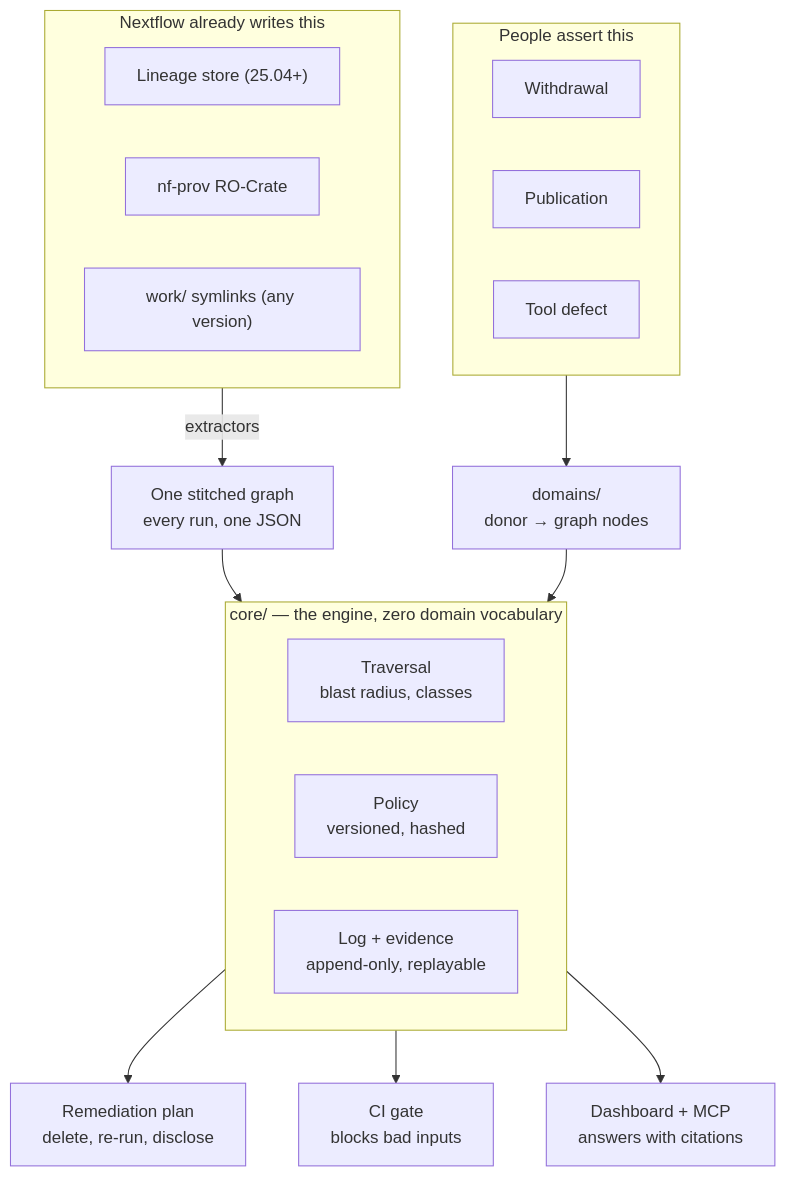
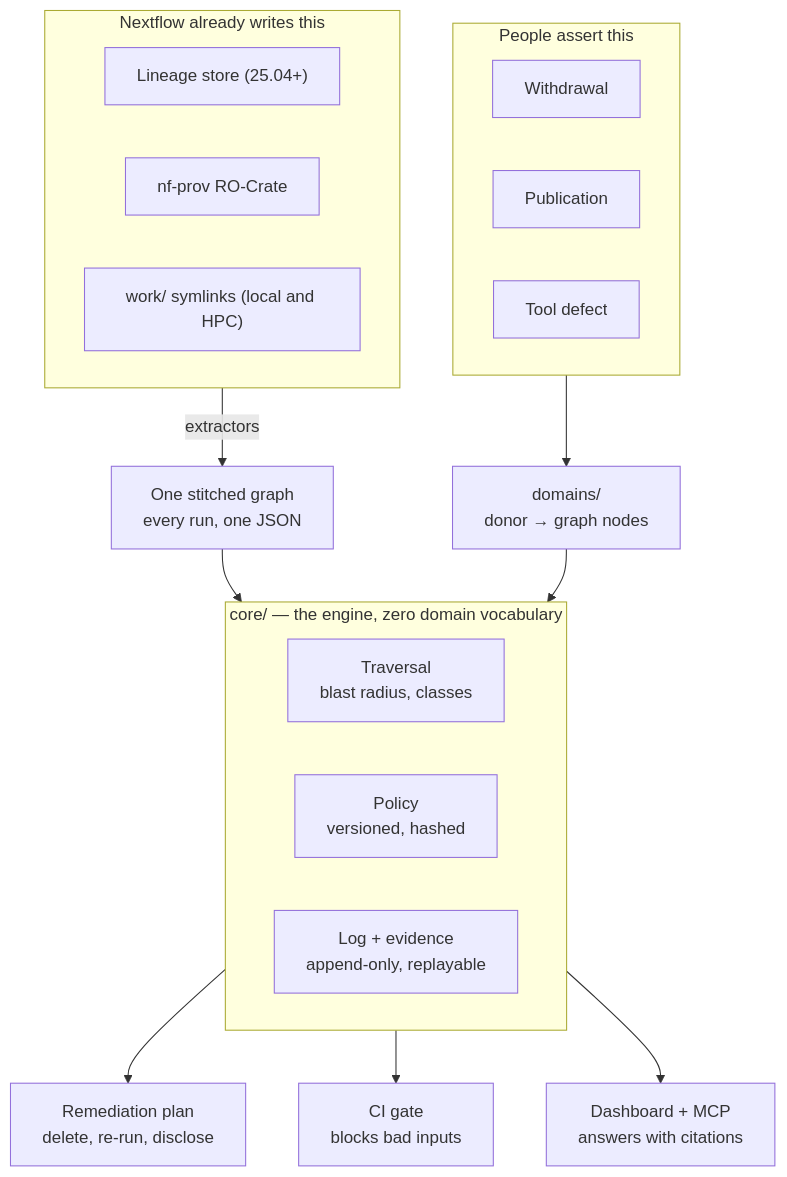
One commit to QuietFlare/clew changed the diagram in README.md. Above: the diagram before and after it, drawn with Mermaid. The commit also changed other lines of this file and 2 other files, not shown here.

Commit message:
Refuse copy-staged work dirs instead of returning an empty graph

````diff
--- a/README.md
+++ b/README.md
@@ -818,25 +826,25 @@
 ```mermaid
 flowchart TB
     subgraph NF["Nextflow already writes this"]
         LS["Lineage store (25.04+)"]
         RC["nf-prov RO-Crate"]
-        WS["work/ symlinks (any version)"]
+        WS["work/ symlinks (local and HPC)"]
     end
     subgraph PA["People assert this"]
         W["Withdrawal"]
         P["Publication"]
         D["Tool defect"]
     end
     subgraph CORE["core/ — the engine, zero domain vocabulary"]
         T["Traversal<br/>blast radius, classes"]
         POL["Policy<br/>versioned, hashed"]
         LOG["Log + evidence<br/>append-only, replayable"]
     end
     NF -- extractors --> G["One stitched graph<br/>every run, one JSON"]
     PA --> DOM["domains/<br/>donor &rarr; graph nodes"]
     G --> CORE
     DOM --> CORE
     CORE --> PLAN["Remediation plan<br/>delete, re-run, disclose"]
     CORE --> GATE["CI gate<br/>blocks bad inputs"]
     CORE --> AUD["Dashboard + MCP<br/>answers with citations"]
 ```
````
